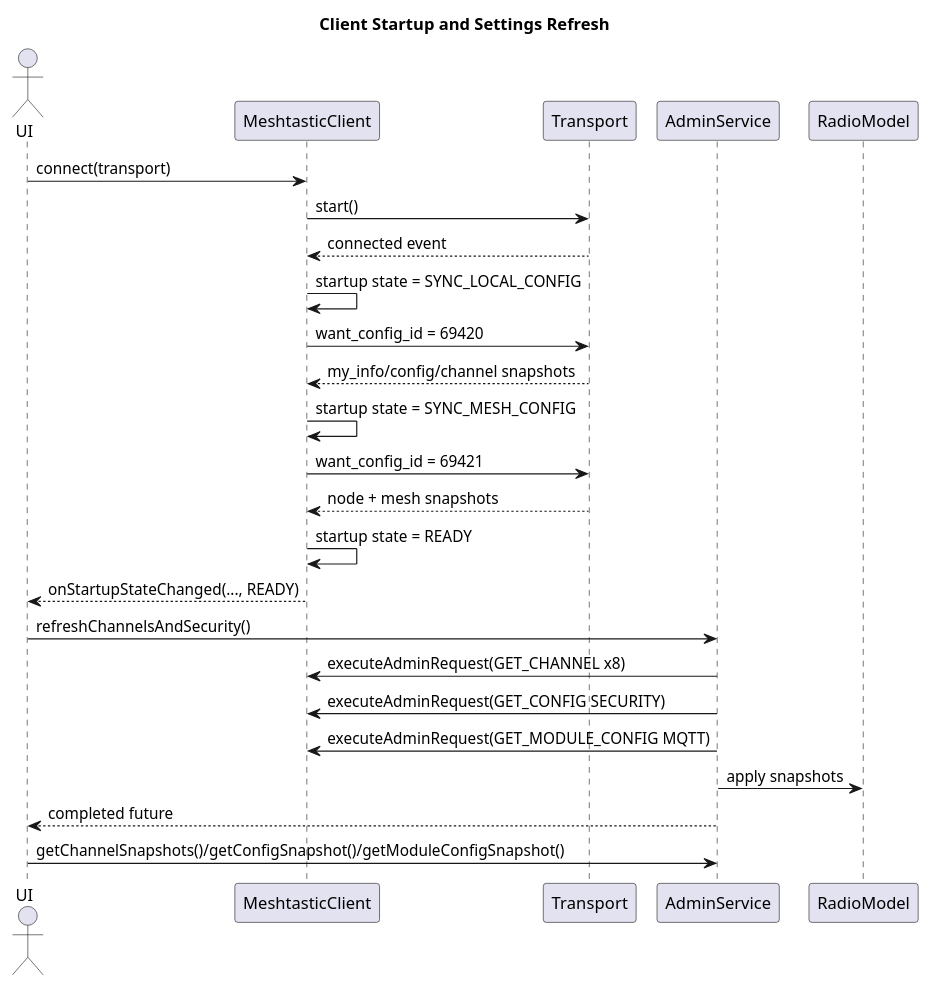
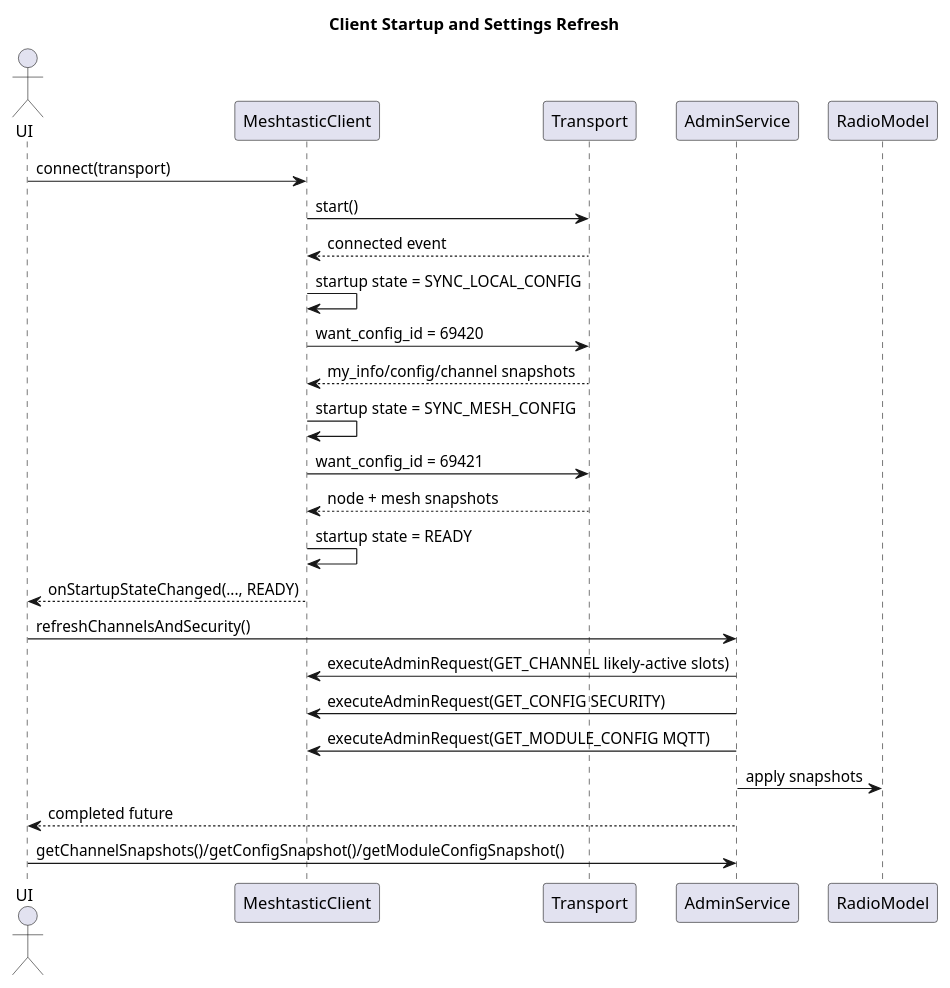
Before and after one commit to meshMKT/meshtastic-java-client: the first of 4 diagrams in src/docs/asciidoc/index.adoc, drawn with PlantUML. The commit also changed other lines of this file and 3 other files, not shown here.

```diff
--- a/src/docs/asciidoc/index.adoc
+++ b/src/docs/asciidoc/index.adoc
@@ -72,33 +72,33 @@
 [plantuml,client-startup-flow,svg]
 ----
 @startuml
 title Client Startup and Settings Refresh
 
 actor UI
 participant "MeshtasticClient" as Client
 participant "Transport" as Transport
 participant "AdminService" as Admin
 participant "RadioModel" as Model
 
 UI -> Client: connect(transport)
 Client -> Transport: start()
 Transport --> Client: connected event
 Client -> Client: startup state = SYNC_LOCAL_CONFIG
 Client -> Transport: want_config_id = 69420
 Transport --> Client: my_info/config/channel snapshots
 Client -> Client: startup state = SYNC_MESH_CONFIG
 Client -> Transport: want_config_id = 69421
 Transport --> Client: node + mesh snapshots
 Client -> Client: startup state = READY
 Client --> UI: onStartupStateChanged(..., READY)
 
 UI -> Admin: refreshChannelsAndSecurity()
-Admin -> Client: executeAdminRequest(GET_CHANNEL x8)
+Admin -> Client: executeAdminRequest(GET_CHANNEL likely-active slots)
 Admin -> Client: executeAdminRequest(GET_CONFIG SECURITY)
 Admin -> Client: executeAdminRequest(GET_MODULE_CONFIG MQTT)
 Admin -> Model: apply snapshots
 Admin --> UI: completed future
 UI -> Admin: getChannelSnapshots()/getConfigSnapshot()/getModuleConfigSnapshot()
 
 @enduml
 ----
```
